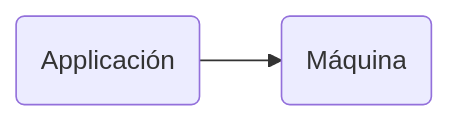
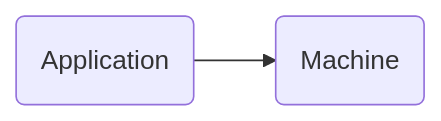
Before and after one commit to qwertyuioplkjhgfdsazx/PSP-CFGS-2223: the first of 4 diagrams in UD01/UD01_ES.md, drawn with Mermaid. The commit also changed other lines of this file and 13 other files, not shown here.

````diff
--- a/UD01/UD01_ES.md
+++ b/UD01/UD01_ES.md
@@ -65,4 +67,4 @@
   ```mermaid
   graph LR
-  A(Applicación) --> B(Máquina)
+  A(Application) --> B(Machine)
   ```
````
